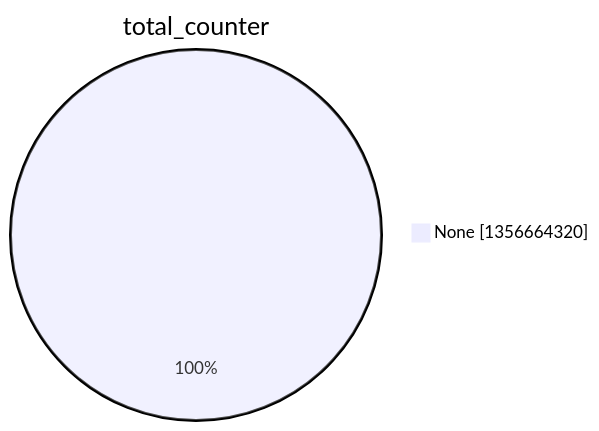
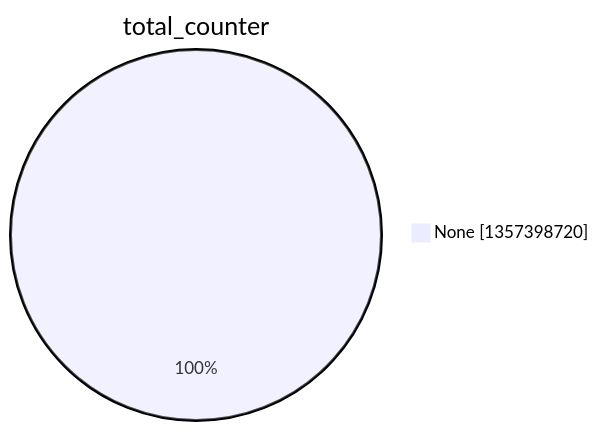
Before and after one commit to christiankrug/ctmonitor_visualization: the second of 15 diagrams in argon2022/README.md, drawn with Mermaid. The commit also changed other lines of this file, not shown here.

````diff
--- a/argon2022/README.md
+++ b/argon2022/README.md
@@ -9,5 +9,5 @@
 ```mermaid
 pie showData
 title total_counter
-"None" :1356664320
+"None" :1357398720
 ```
````
